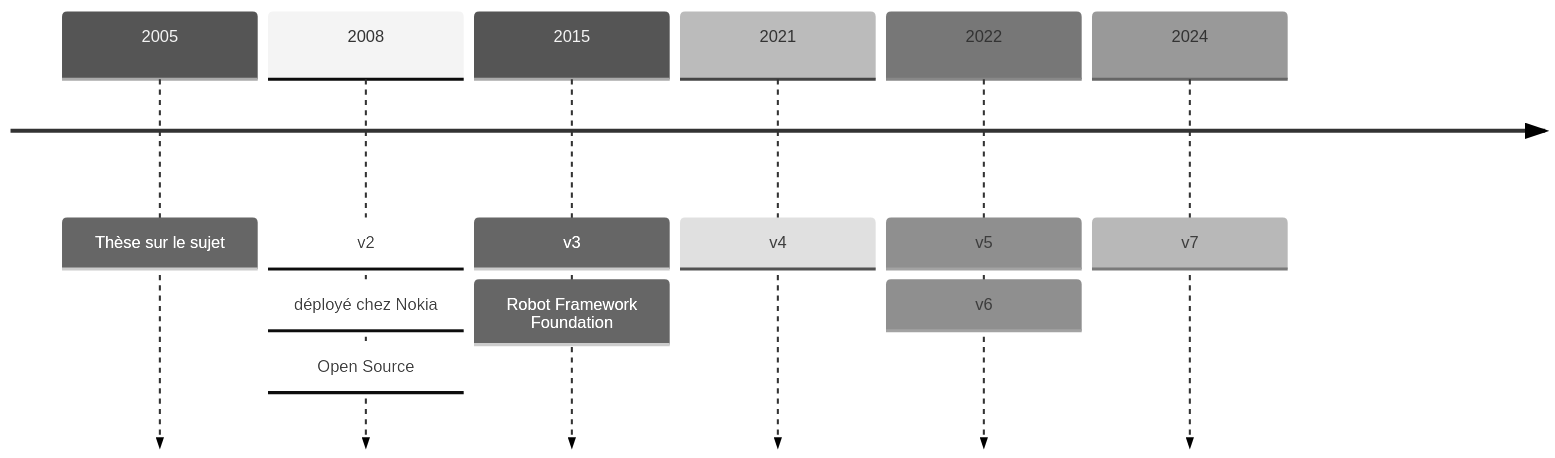
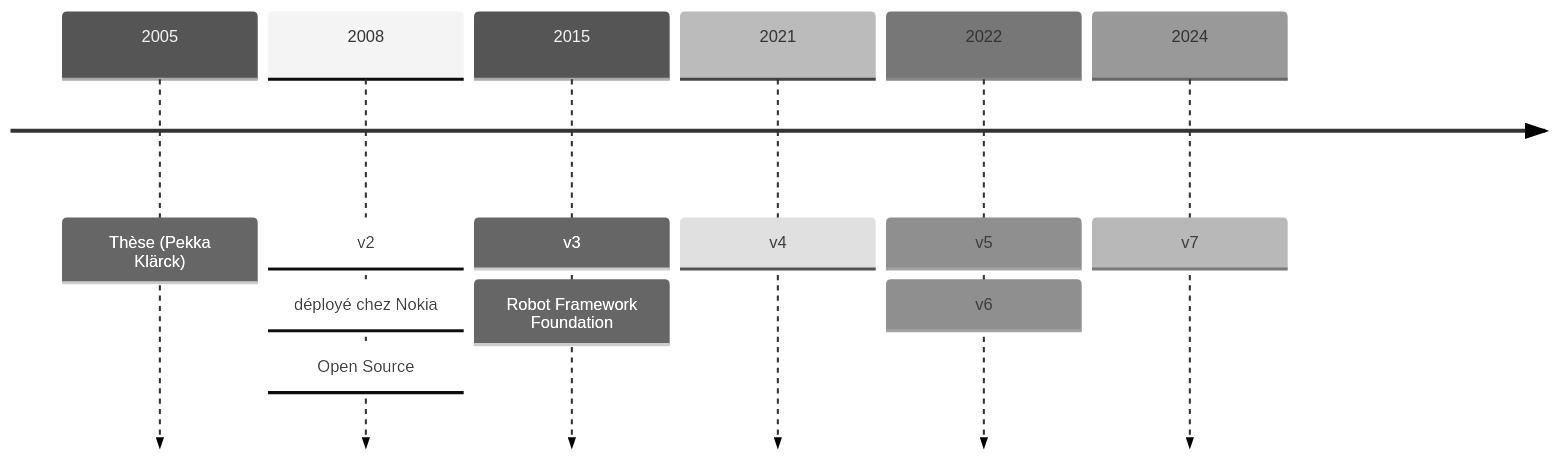
The first of 13 diagrams in slides.md (remi-picard/robot-slides), drawn with Mermaid (neutral theme) before and after one commit. The commit also changed other lines of this file and 10 other files, not shown here.

````diff
--- a/slides.md
+++ b/slides.md
@@ -104,13 +102,13 @@
 ```mermaid
 timeline
-2005 : Thèse sur le sujet
+2005 : Thèse (Pekka Klärck)
 2008 : v2
 : déployé chez Nokia
 : Open Source
 2015 : v3
 : Robot Framework Foundation
 2021 : v4
 2022 : v5
 : v6
 2024 : v7
 ```
````
